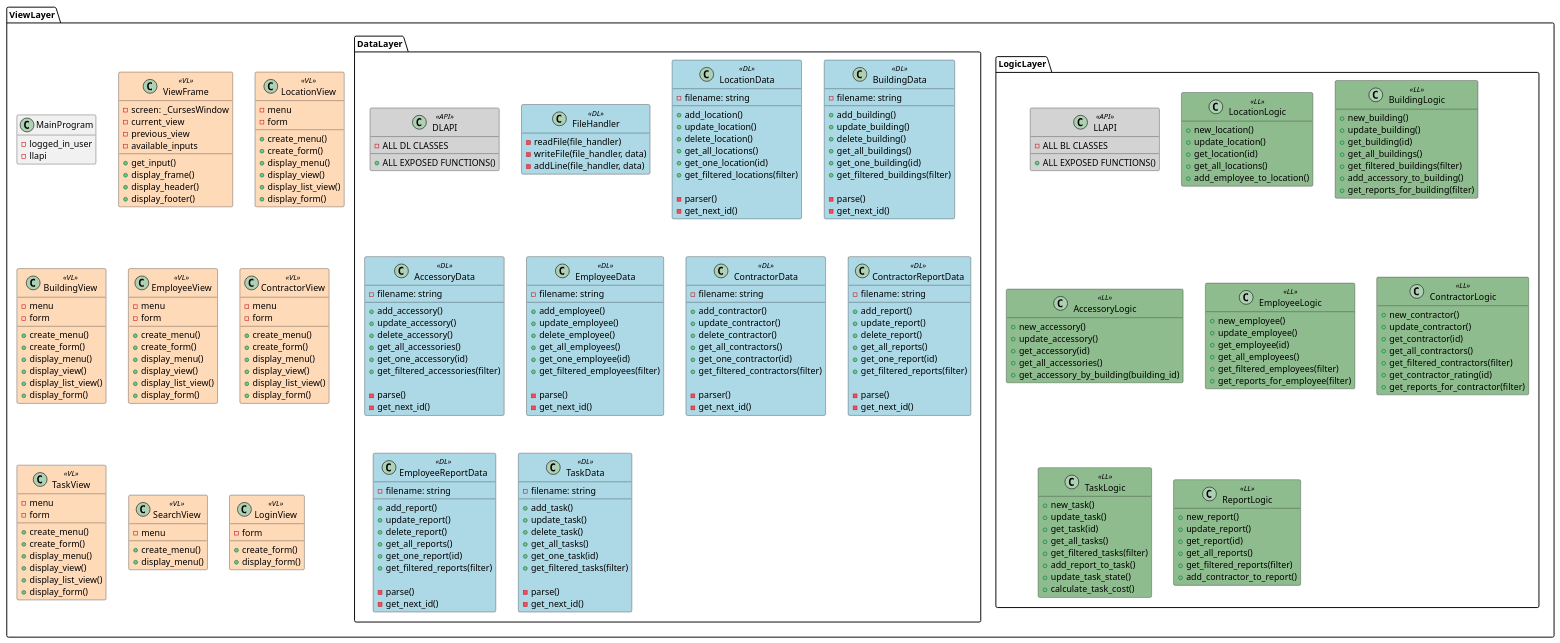
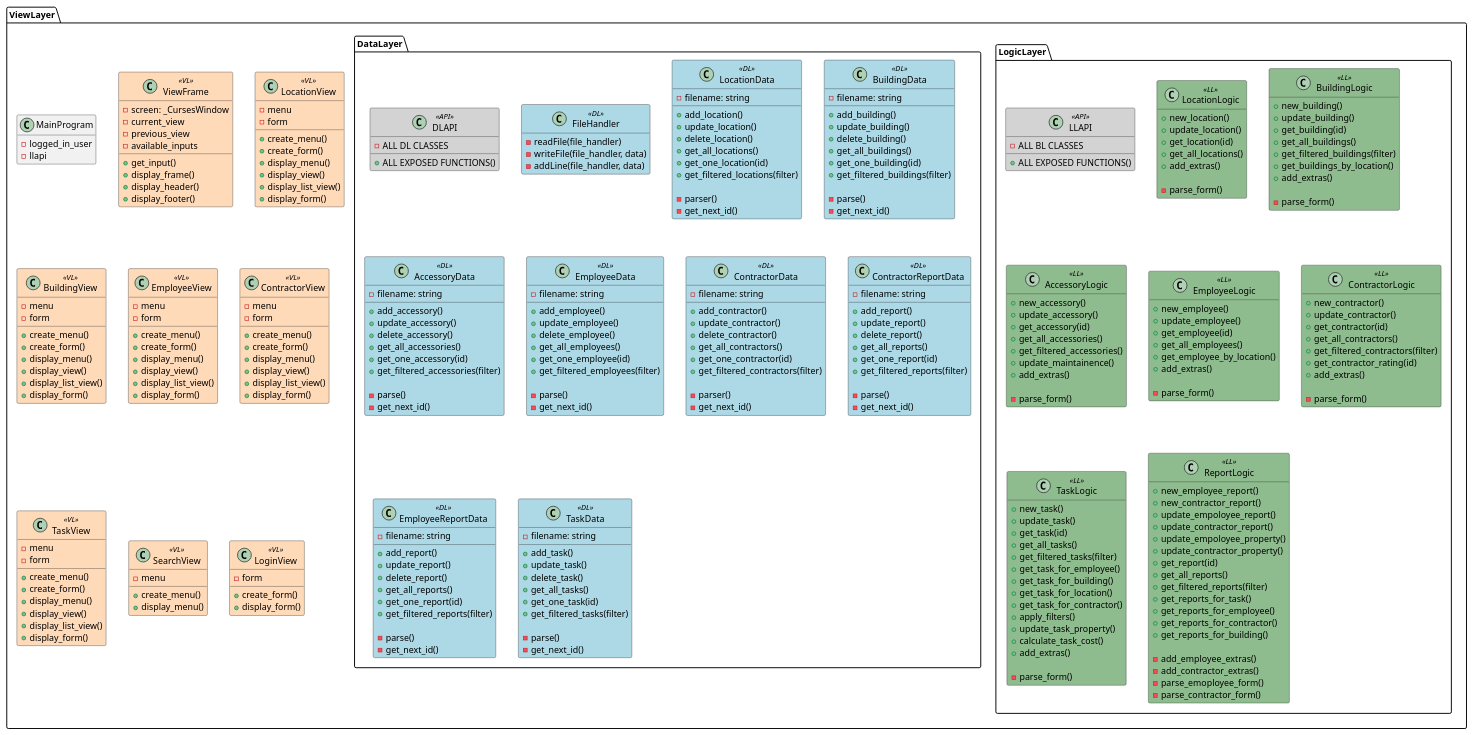
Before and after one commit to finnure/Verklegt1-H1-2021: the diagram in docs/uml/3-tier_class.puml, drawn with PlantUML.

Commit message:
klasarit laga logic layer

```diff
--- a/docs/uml/3-tier_class.puml
+++ b/docs/uml/3-tier_class.puml
@@ -101,7 +101,9 @@
     + update_location()
     + get_location(id)
     + get_all_locations()
-    + add_employee_to_location()
+    + add_extras()
+
+    - parse_form()
   }
   class BuildingLogic <<LL>> {
     + new_building()
@@ -109,23 +111,31 @@
     + get_building(id)
     + get_all_buildings()
     + get_filtered_buildings(filter)
-    + add_accessory_to_building()
-    + get_reports_for_building(filter)
+    + get_buildings_by_location()
+    + add_extras()
+
+    - parse_form()
   }
   class AccessoryLogic <<LL>> {
     + new_accessory()
     + update_accessory()
     + get_accessory(id)
     + get_all_accessories()
-    + get_accessory_by_building(building_id)
+    + get_filtered_accessories()
+    + update_maintainence()
+    + add_extras()
+
+    - parse_form()
   }
   class EmployeeLogic <<LL>> {
     + new_employee()
     + update_employee()
     + get_employee(id)
     + get_all_employees()
-    + get_filtered_employees(filter)
-    + get_reports_for_employee(filter)
+    + get_employee_by_location()
+    + add_extras()
+
+    - parse_form()
   }
   class ContractorLogic <<LL>> {
     + new_contractor()
@@ -134,7 +144,9 @@
     + get_all_contractors()
     + get_filtered_contractors(filter)
     + get_contractor_rating(id)
-    + get_reports_for_contractor(filter)
+    + add_extras()
+
+    - parse_form()
   }
   class TaskLogic <<LL>> {
     + new_task()
@@ -142,17 +154,37 @@
     + get_task(id)
     + get_all_tasks()
     + get_filtered_tasks(filter)
-    + add_report_to_task()
-    + update_task_state()
+    + get_task_for_employee()
+    + get_task_for_building()
+    + get_task_for_location()
+    + get_task_for_contractor()
+    + apply_filters()
+    + update_task_property()
     + calculate_task_cost()
+    + add_extras()
+
+    - parse_form()
   }
   class ReportLogic <<LL>> {
-    + new_report()
-    + update_report()
+    + new_employee_report()
+    + new_contractor_report()
+    + update_empoloyee_report()
+    + update_contractor_report()
+    + update_empoloyee_property()
+    + update_contractor_property()
     + get_report(id)
     + get_all_reports()
     + get_filtered_reports(filter)
-    + add_contractor_to_report()
+    + get_reports_for_task()
+    + get_reports_for_employee()
+    + get_reports_for_contractor()
+    + get_reports_for_building()
+    
+    - add_employee_extras()
+    - add_contractor_extras()
+    - parse_emoployee_form()
+    - parse_contractor_form()
+
   }
 }
 
```
